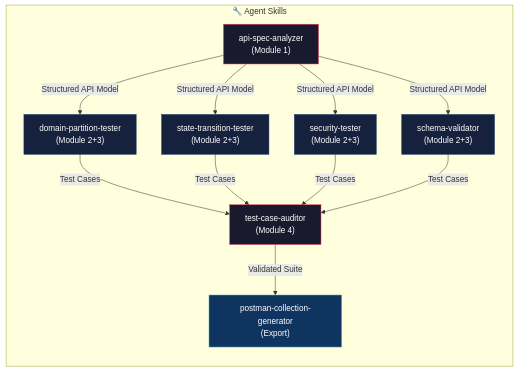
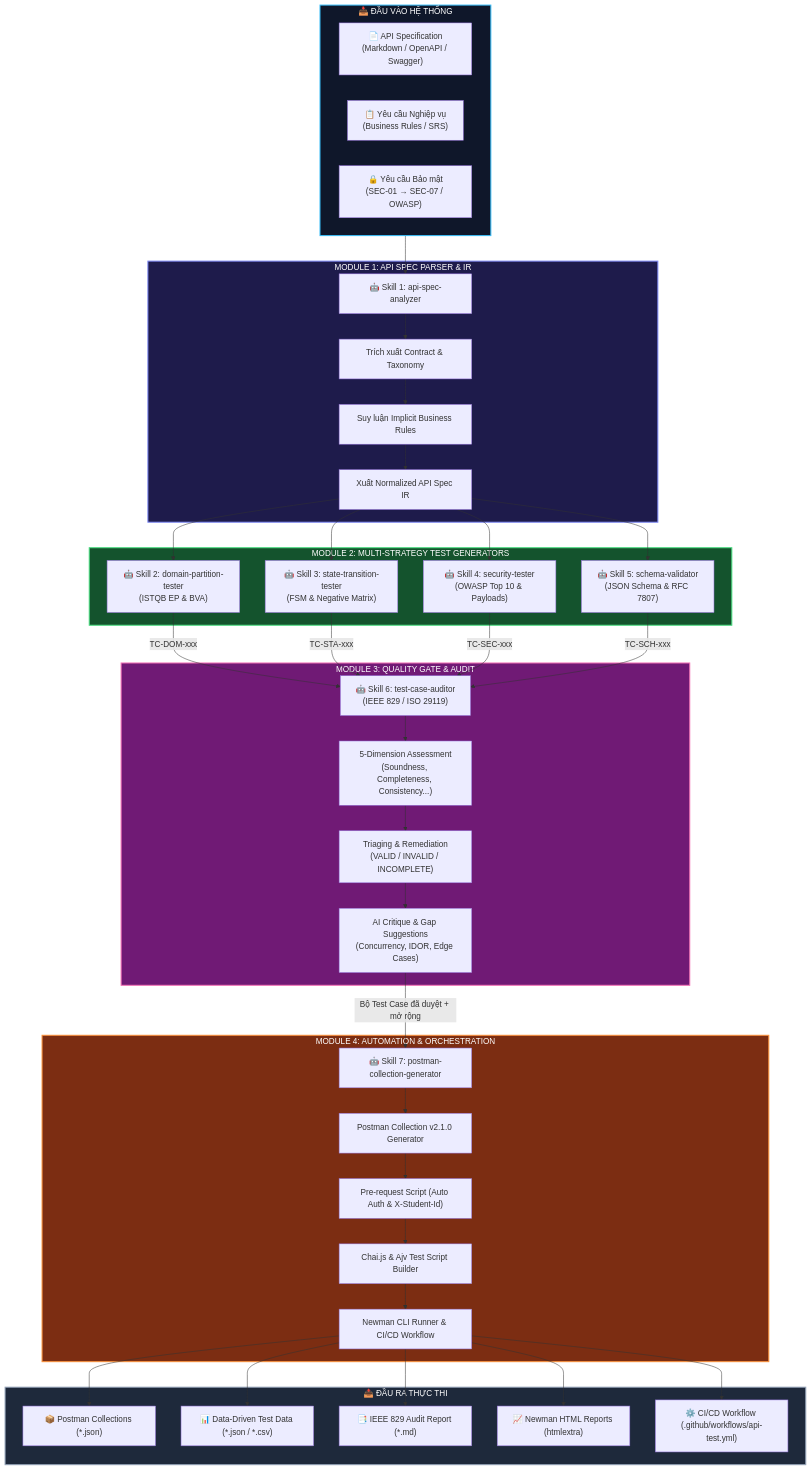
Before and after one commit to ITs-GiaHuy/HW6-API-Testing: the first of 2 diagrams in submission/23127378_HW06_AI_API_XXX/agent-skill/design.md, drawn with Mermaid. The commit also changed other lines of this file and 8 other files, not shown here.

Commit message:
docs(agent-skill): align design.md with .agents/ 7 reusable skills architecture and diagrams

````diff
--- a/submission/23127378_HW06_AI_API_XXX/agent-skill/design.md
+++ b/submission/23127378_HW06_AI_API_XXX/agent-skill/design.md
@@ -780,30 +26,74 @@
 ```mermaid
-flowchart LR
-    subgraph SKILLS["🔧 Agent Skills"]
-        S1["api-spec-analyzer\n(Module 1)"]
-        S2["domain-partition-tester\n(Module 2+3)"]
-        S3["state-transition-tester\n(Module 2+3)"]
-        S4["security-tester\n(Module 2+3)"]
-        S5["schema-validator\n(Module 2+3)"]
-        S6["test-case-auditor\n(Module 4)"]
-        S7["postman-collection-generator\n(Export)"]
+flowchart TB
+    subgraph INPUT["📥 ĐẦU VÀO HỆ THỐNG"]
+        A1["📄 API Specification<br/>(Markdown / OpenAPI / Swagger)"]
+        A2["📋 Yêu cầu Nghiệp vụ<br/>(Business Rules / SRS)"]
+        A3["🔒 Yêu cầu Bảo mật<br/>(SEC-01 → SEC-07 / OWASP)"]
     end
 
-    S1 -->|"Structured API Model"| S2
-    S1 -->|"Structured API Model"| S3
-    S1 -->|"Structured API Model"| S4
-    S1 -->|"Structured API Model"| S5
-    S2 -->|"Test Cases"| S6
-    S3 -->|"Test Cases"| S6
-    S4 -->|"Test Cases"| S6
-    S5 -->|"Test Cases"| S6
-    S6 -->|"Validated Suite"| S7
+    subgraph M1["MODULE 1: API SPEC PARSER & IR"]
+        S1["🤖 Skill 1: api-spec-analyzer"]
+        S1_1["Trích xuất Contract & Taxonomy"]
+        S1_2["Suy luận Implicit Business Rules"]
+        S1_3["Xuất Normalized API Spec IR"]
+        S1 --> S1_1 --> S1_2 --> S1_3
+    end
 
-    style S1 fill:#1a1a2e,stroke:#e94560,color:#fff
-    style S2 fill:#16213e,stroke:#0f3460,color:#fff
-    style S3 fill:#16213e,stroke:#0f3460,color:#fff
-    style S4 fill:#16213e,stroke:#0f3460,color:#fff
-    style S5 fill:#16213e,stroke:#0f3460,color:#fff
-    style S6 fill:#1a1a2e,stroke:#e94560,color:#fff
-    style S7 fill:#0f3460,stroke:#53a8b6,color:#fff
+    subgraph M2["MODULE 2: MULTI-STRATEGY TEST GENERATORS"]
+        S2["🤖 Skill 2: domain-partition-tester<br/>(ISTQB EP & BVA)"]
+        S3["🤖 Skill 3: state-transition-tester<br/>(FSM & Negative Matrix)"]
+        S4["🤖 Skill 4: security-tester<br/>(OWASP Top 10 & Payloads)"]
+        S5["🤖 Skill 5: schema-validator<br/>(JSON Schema & RFC 7807)"]
+    end
+
+    subgraph M3["MODULE 3: QUALITY GATE & AUDIT"]
+        S6["🤖 Skill 6: test-case-auditor<br/>(IEEE 829 / ISO 29119)"]
+        S6_1["5-Dimension Assessment<br/>(Soundness, Completeness, Consistency...)"]
+        S6_2["Triaging & Remediation<br/>(VALID / INVALID / INCOMPLETE)"]
+        S6_3["AI Critique & Gap Suggestions<br/>(Concurrency, IDOR, Edge Cases)"]
+        S6 --> S6_1 --> S6_2 --> S6_3
+    end
+
+    subgraph M4["MODULE 4: AUTOMATION & ORCHESTRATION"]
+        S7["🤖 Skill 7: postman-collection-generator"]
+        S7_1["Postman Collection v2.1.0 Generator"]
+        S7_2["Pre-request Script (Auto Auth & X-Student-Id)"]
+        S7_3["Chai.js & Ajv Test Script Builder"]
+        S7_4["Newman CLI Runner & CI/CD Workflow"]
+        S7 --> S7_1 --> S7_2 --> S7_3 --> S7_4
+    end
+
+    subgraph OUTPUT["📤 ĐẦU RA THỰC THI"]
+        O1["📦 Postman Collections (*.json)"]
+        O2["📊 Data-Driven Test Data (*.json / *.csv)"]
+        O3["📑 IEEE 829 Audit Report (*.md)"]
+        O4["📈 Newman HTML Reports (htmlextra)"]
+        O5["⚙️ CI/CD Workflow (.github/workflows/api-test.yml)"]
+    end
+
+    INPUT --> S1
+    S1_3 --> S2
+    S1_3 --> S3
+    S1_3 --> S4
+    S1_3 --> S5
+
+    S2 -->|"TC-DOM-xxx"| S6
+    S3 -->|"TC-STA-xxx"| S6
+    S4 -->|"TC-SEC-xxx"| S6
+    S5 -->|"TC-SCH-xxx"| S6
+
+    S6_3 -->|"Bộ Test Case đã duyệt + mở rộng"| S7
+
+    S7_4 --> O1
+    S7_4 --> O2
+    S7_4 --> O3
+    S7_4 --> O4
+    S7_4 --> O5
+
+    style INPUT fill:#0f172a,stroke:#38bdf8,stroke-width:2px,color:#fff
+    style M1 fill:#1e1b4b,stroke:#818cf8,stroke-width:2px,color:#fff
+    style M2 fill:#14532d,stroke:#4ade80,stroke-width:2px,color:#fff
+    style M3 fill:#701a75,stroke:#f472b6,stroke-width:2px,color:#fff
+    style M4 fill:#7c2d12,stroke:#fb923c,stroke-width:2px,color:#fff
+    style OUTPUT fill:#1e293b,stroke:#94a3b8,stroke-width:2px,color:#fff
 ```
````
